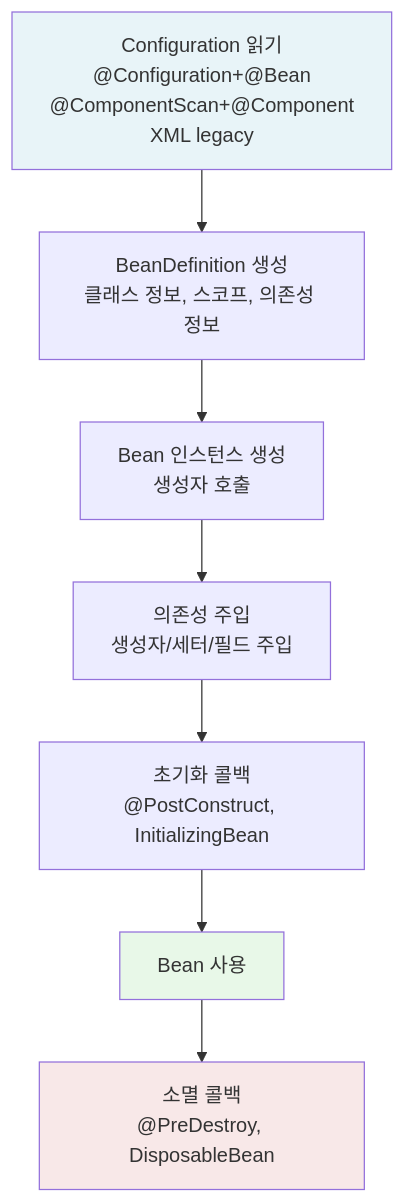
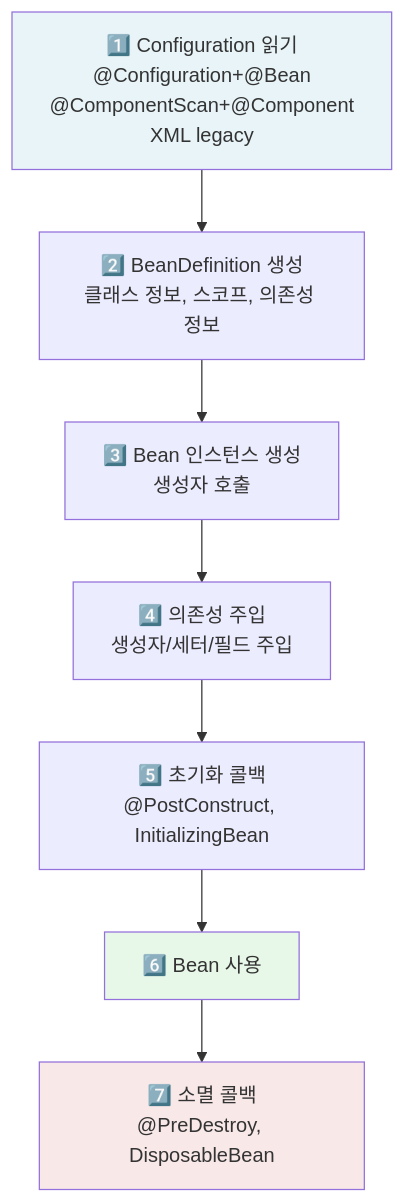
One commit to yjkim2015/yjkim2015.github.io changed the first of 7 diagrams in _posts/spring/2026-05-01-spring-ioc-di.md. Above: the diagram before and after it, drawn with Mermaid. The commit also changed other lines of this file and 12 other files, not shown here.

```diff
--- a/_posts/spring/2026-05-01-spring-ioc-di.md
+++ b/_posts/spring/2026-05-01-spring-ioc-di.md
@@ -52,13 +54,13 @@
 <div class="mermaid">
 graph TD
-    A["Configuration 읽기<br>@Configuration+@Bean<br>@ComponentScan+@Component<br>XML legacy"] --> B["BeanDefinition 생성<br>클래스 정보, 스코프, 의존성 정보"]
-    B --> C["Bean 인스턴스 생성<br>생성자 호출"]
-    C --> D["의존성 주입<br>생성자/세터/필드 주입"]
-    D --> E["초기화 콜백<br>@PostConstruct, InitializingBean"]
-    E --> F["Bean 사용"]
-    F --> G["소멸 콜백<br>@PreDestroy, DisposableBean"]
+    A["1️⃣ Configuration 읽기<br>@Configuration+@Bean<br>@ComponentScan+@Component<br>XML legacy"] --> B["2️⃣ BeanDefinition 생성<br>클래스 정보, 스코프, 의존성 정보"]
+    B --> C["3️⃣ Bean 인스턴스 생성<br>생성자 호출"]
+    C --> D["4️⃣ 의존성 주입<br>생성자/세터/필드 주입"]
+    D --> E["5️⃣ 초기화 콜백<br>@PostConstruct, InitializingBean"]
+    E --> F["6️⃣ Bean 사용"]
+    F --> G["7️⃣ 소멸 콜백<br>@PreDestroy, DisposableBean"]
 
     style A fill:#e8f4f8
     style F fill:#e8f8e8
     style G fill:#f8e8e8
 </div>
```
